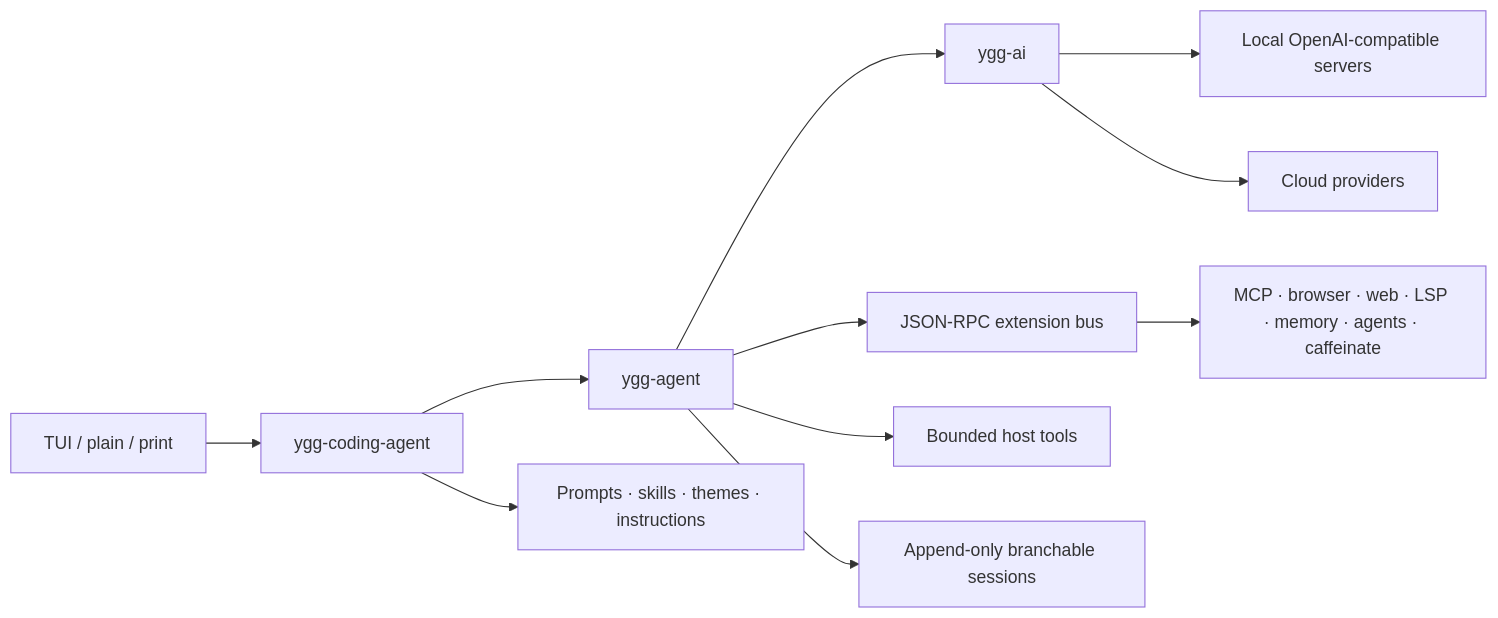
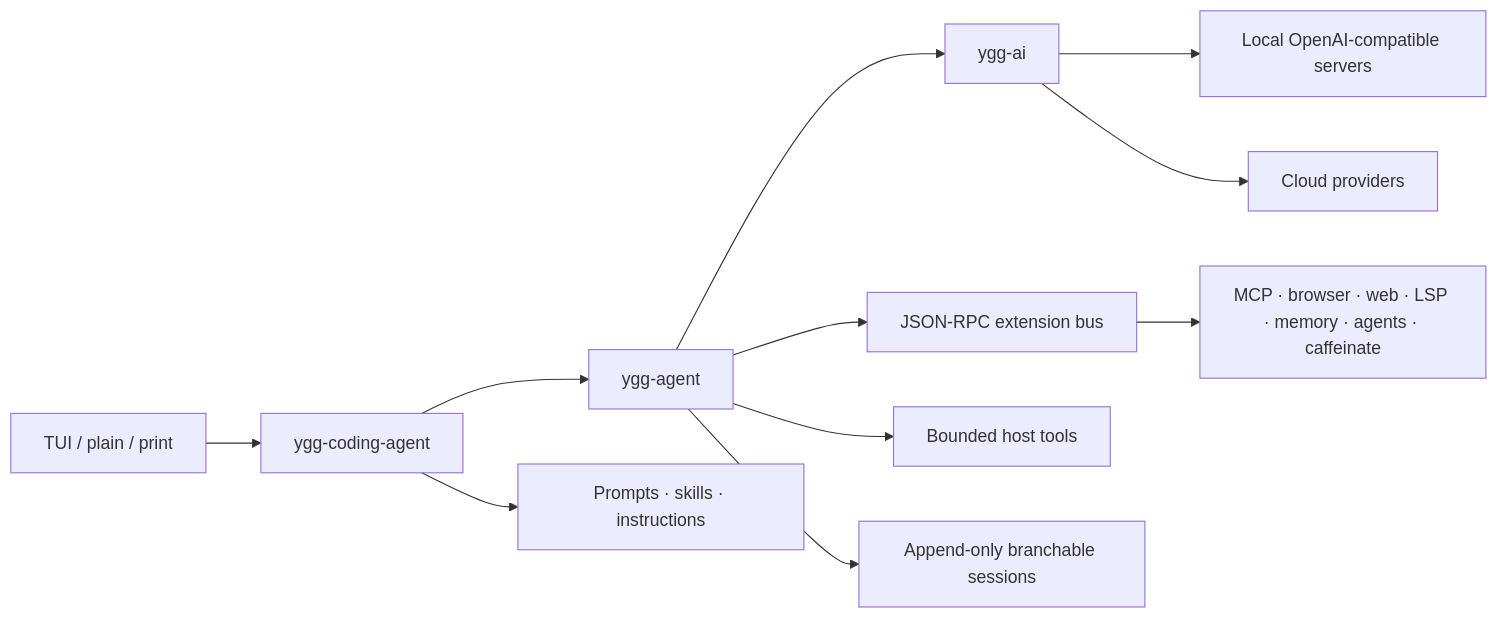
The diagram in README.md (skaft-software/ygg), drawn with Mermaid before and after one commit. The commit also changed other lines of this file and 20 other files, not shown here.

````diff
--- a/README.md
+++ b/README.md
@@ -845,13 +830,13 @@
 ```mermaid
 flowchart LR
     UI["TUI / plain / print"] --> Product["ygg-coding-agent"]
     Product --> Agent["ygg-agent"]
     Agent --> AI["ygg-ai"]
     AI --> Local["Local OpenAI-compatible servers"]
     AI --> Cloud["Cloud providers"]
     Agent --> Bus["JSON-RPC extension bus"]
     Bus --> Extensions["MCP · browser · web · LSP · memory · agents · caffeinate"]
     Agent --> Tools["Bounded host tools"]
     Agent --> Sessions["Append-only branchable sessions"]
-    Product --> Resources["Prompts · skills · themes · instructions"]
+    Product --> Resources["Prompts · skills · instructions"]
 ```
````
